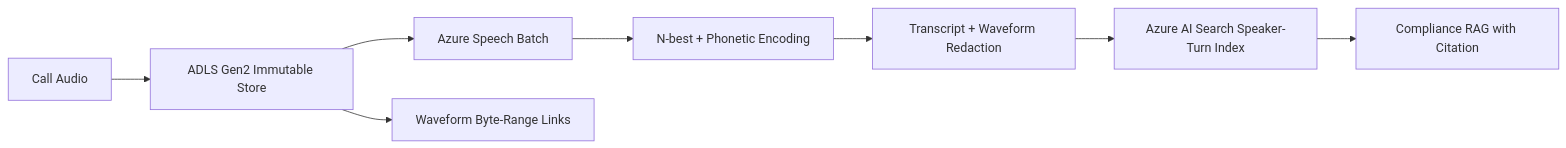
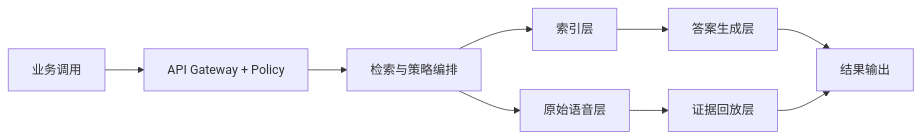
The first of 2 diagrams in docs/azure-agent-infra/enterprise-spoken-audio-call-archive-rag-azure-speech-diarization-phonetic-nbest-ai-search-vs-content-understanding-audio-vs-aks-acoustic-embeddings-selection-faq.md (turbo998/ai-infra-lab), drawn with Mermaid before and after one commit. The commit also changed other lines of this file and 5 other files, not shown here.

````diff
--- a/docs/azure-agent-infra/enterprise-spoken-audio-call-archive-rag-azure-speech-diarization-phonetic-nbest-ai-search-vs-content-understanding-audio-vs-aks-acoustic-embeddings-selection-faq.md
+++ b/docs/azure-agent-infra/enterprise-spoken-audio-call-archive-rag-azure-speech-diarization-phonetic-nbest-ai-search-vs-content-understanding-audio-vs-aks-acoustic-embeddings-selection-faq.md
@@ -19,10 +60,11 @@
 ```mermaid
 flowchart LR
-  Call[Call Audio] --> Store[ADLS Gen2 Immutable Store]
-  Store --> Speech[Azure Speech Batch]
-  Speech --> NBest[N-best + Phonetic Encoding]
-  NBest --> Redact[Transcript + Waveform Redaction]
-  Redact --> Index[Azure AI Search Speaker-Turn Index]
-  Index --> RAG[Compliance RAG with Citation]
-  Store --> Wave[Waveform Byte-Range Links]
+  User[业务调用] --> Gateway[API Gateway + Policy]
+  Gateway --> Planner[检索与策略编排]
+  Planner --> Index[索引层]
+  Planner --> Blob[原始语音层]
+  Index --> Answer[答案生成层]
+  Blob --> Evidence[证据回放层]
+  Answer --> Output[结果输出]
+  Evidence --> Output
 ```
````
